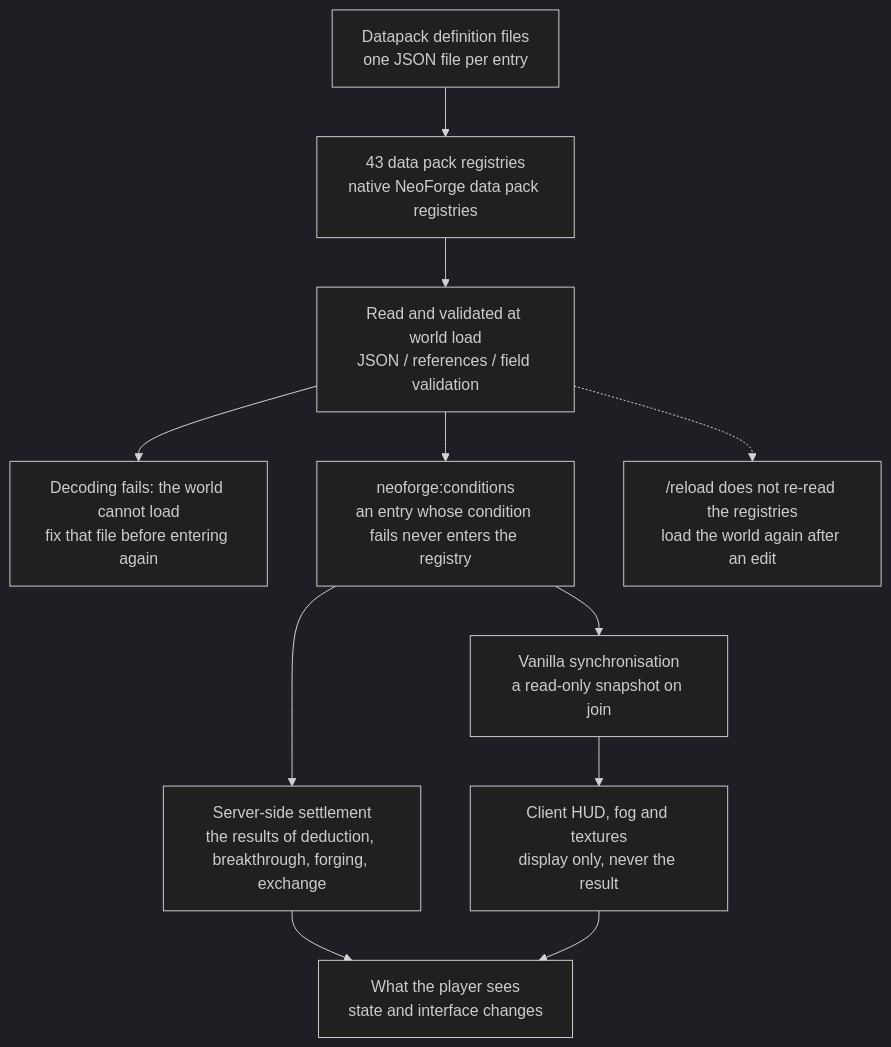
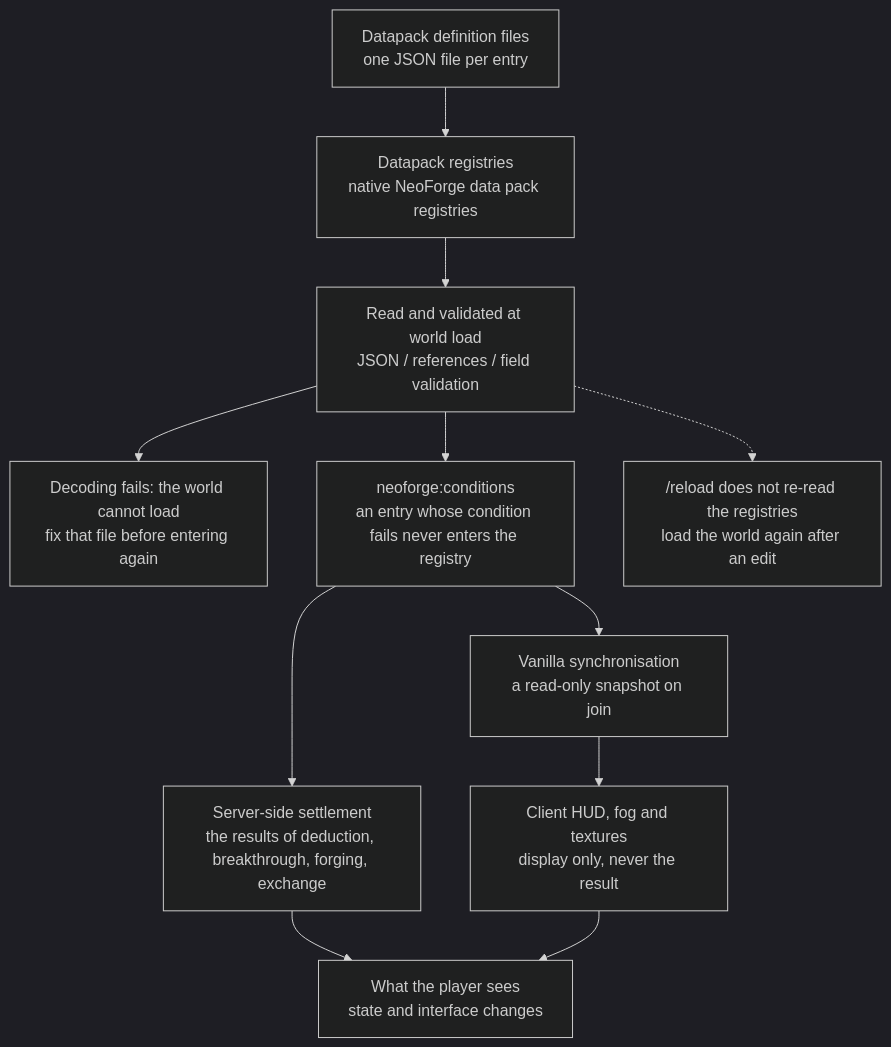
The diagram in docs-en/mod/mxt/datapack/overview.md (IAFEnvoy/docs), drawn with Mermaid (dark theme) before and after one commit. The commit also changed other lines of this file and 154 other files, not shown here.

````diff
--- a/docs-en/mod/mxt/datapack/overview.md
+++ b/docs-en/mod/mxt/datapack/overview.md
@@ -70,13 +72,13 @@
 ```mermaid
 flowchart TD
-    A["Datapack definition files<br/>one JSON file per entry"] --> B["43 data pack registries<br/>native NeoForge data pack registries"]
+    A["Datapack definition files<br/>one JSON file per entry"] --> B["Datapack registries<br/>native NeoForge data pack registries"]
     B --> C["Read and validated at world load<br/>JSON / references / field validation"]
     C --> D["Decoding fails: the world cannot load<br/>fix that file before entering again"]
     C --> E["neoforge:conditions<br/>an entry whose condition fails never enters the registry"]
     E --> F["Vanilla synchronisation<br/>a read-only snapshot on join"]
     E --> G["Server-side settlement<br/>the results of deduction, breakthrough, forging, exchange"]
     F --> H["Client HUD, fog and textures<br/>display only, never the result"]
     G --> I["What the player sees<br/>state and interface changes"]
     H --> I
     C -.-> J["/reload does not re-read the registries<br/>load the world again after an edit"]
 ```
````
